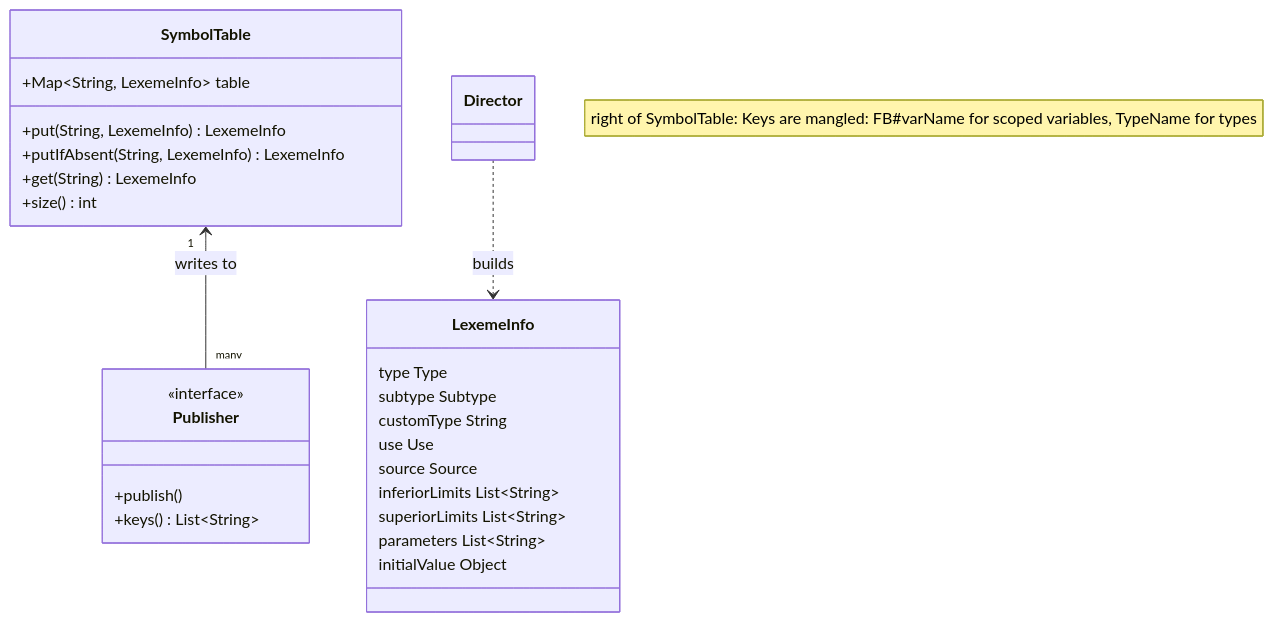
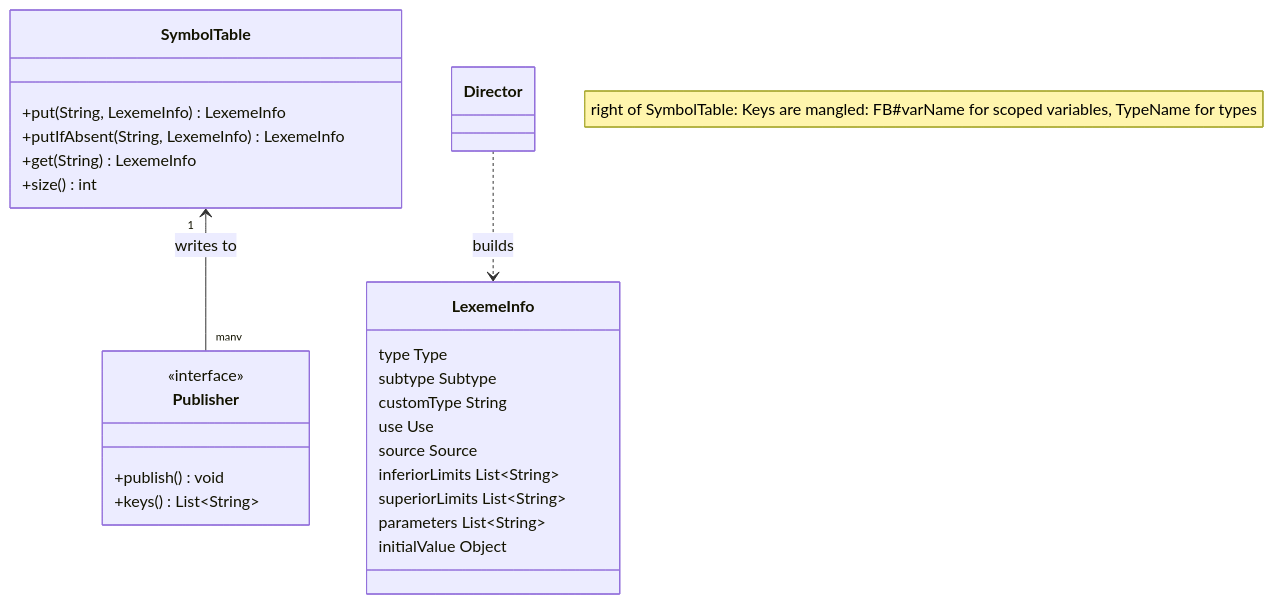
The sixth of 6 diagrams in doc/modules/parser.md (PascalUser/FLC-IEC61131-7), drawn with Mermaid before and after one commit. The commit also changed other lines of this file and 191 other files, not shown here.

````diff
--- a/doc/modules/parser.md
+++ b/doc/modules/parser.md
@@ -664,30 +719,29 @@
 ```mermaid
 classDiagram
     class SymbolTable {
-        +Map~String, LexemeInfo~ table
         +put(String, LexemeInfo) LexemeInfo
         +putIfAbsent(String, LexemeInfo) LexemeInfo
         +get(String) LexemeInfo
         +size() int
     }
     class LexemeInfo {
         type Type
         subtype Subtype
         customType String
         use Use
         source Source
         inferiorLimits List~String~
         superiorLimits List~String~
         parameters List~String~
         initialValue Object
     }
     class Publisher {
         <<interface>>
-        +publish()
+        +publish() void
         +keys() List~String~
     }
     SymbolTable "1" <-- "many" Publisher : writes to
     Director ..> LexemeInfo : builds
 
     note "right of SymbolTable: Keys are mangled: FB#varName for scoped variables, TypeName for types"
 ```
````
